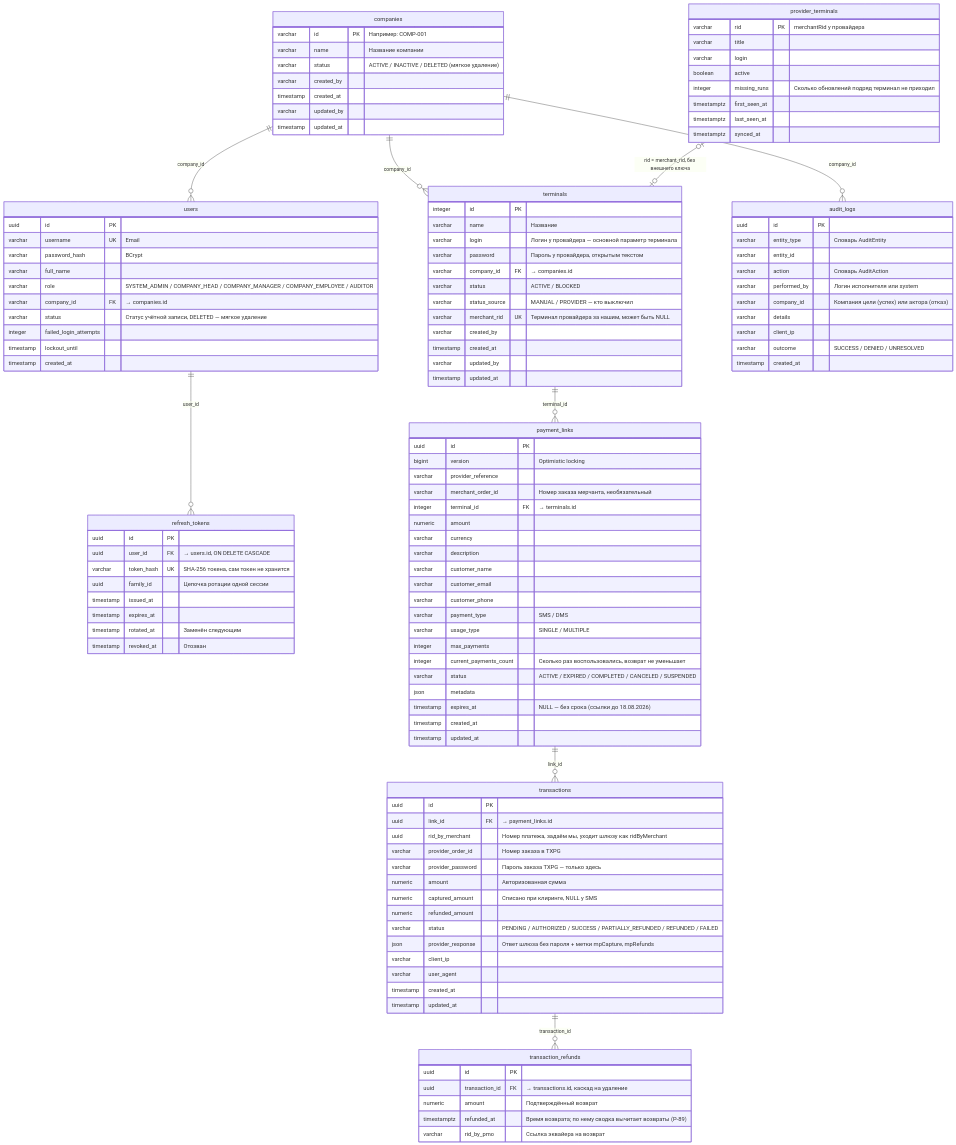
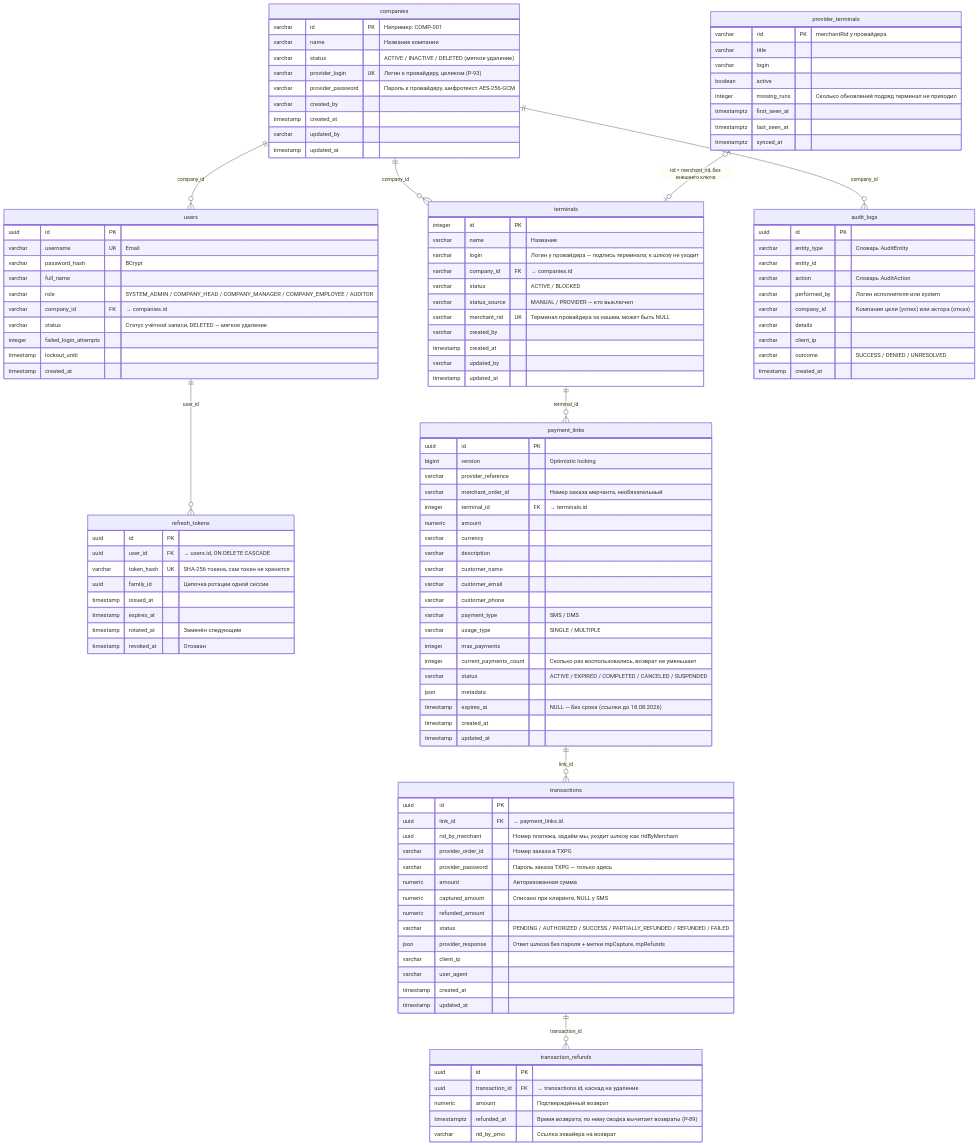
One commit to Gaena/merchant-portal-mk changed the second of 4 diagrams in project_docs/application_description.md. Above: the diagram before and after it, drawn with Mermaid. The commit also changed other lines of this file and 78 other files, not shown here.

First line of the commit message:
provider credentials on the company, terminal password removed (Р-93)

```diff
--- a/project_docs/application_description.md
+++ b/project_docs/application_description.md
@@ -195,6 +196,8 @@
         varchar id PK "Например: COMP-001"
         varchar name "Название компании"
         varchar status "ACTIVE / INACTIVE / DELETED (мягкое удаление)"
+        varchar provider_login UK "Логин к провайдеру, целиком (Р-93)"
+        varchar provider_password "Пароль к провайдеру, шифротекст AES-256-GCM"
         varchar created_by
         timestamp created_at
         varchar updated_by
@@ -228,8 +231,7 @@
     terminals {
         integer id PK
         varchar name "Название"
-        varchar login "Логин у провайдера — основной параметр терминала"
-        varchar password "Пароль у провайдера, открытым текстом"
+        varchar login "Логин у провайдера — подпись терминала; к шлюзу не уходит"
         varchar company_id FK "→ companies.id"
         varchar status "ACTIVE / BLOCKED"
         varchar status_source "MANUAL / PROVIDER — кто выключил"
```
